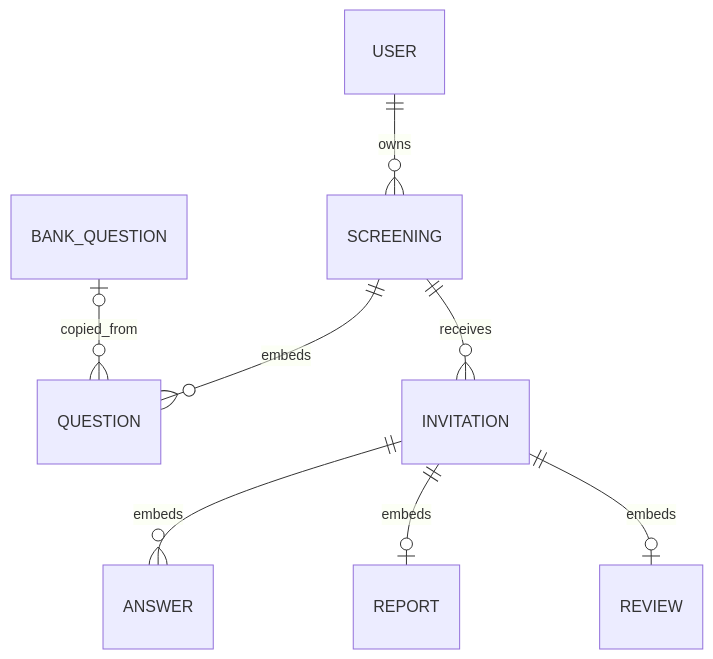
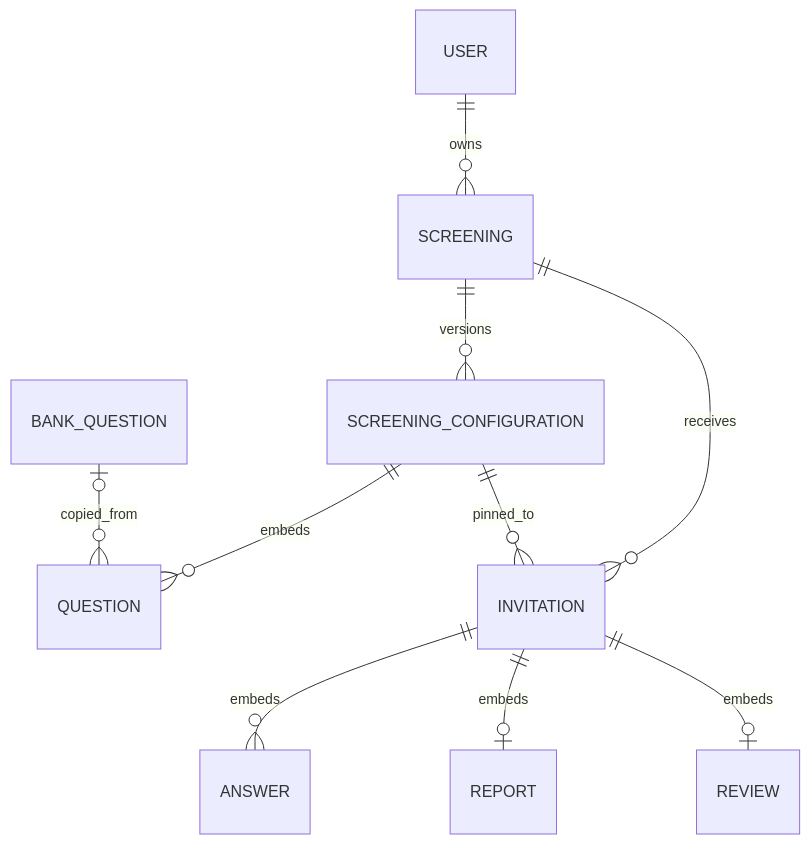
The third of 3 diagrams in readme.md (luislujan32/AI4Devs-finalproject), drawn with Mermaid before and after one commit. The commit also changed other lines of this file and 58 other files, not shown here.

````diff
--- a/readme.md
+++ b/readme.md
@@ -239,10 +239,12 @@
 ```mermaid
 erDiagram
   USER ||--o{ SCREENING : owns
-  SCREENING ||--o{ QUESTION : embeds
+  SCREENING ||--o{ SCREENING_CONFIGURATION : versions
+  SCREENING_CONFIGURATION ||--o{ QUESTION : embeds
   SCREENING ||--o{ INVITATION : receives
+  SCREENING_CONFIGURATION ||--o{ INVITATION : pinned_to
   INVITATION ||--o{ ANSWER : embeds
   INVITATION ||--o| REPORT : embeds
   INVITATION ||--o| REVIEW : embeds
   BANK_QUESTION |o--o{ QUESTION : copied_from
 ```
````
